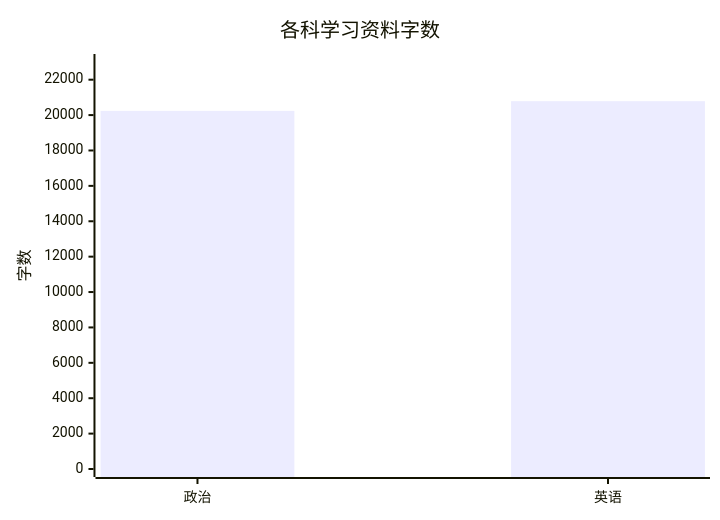
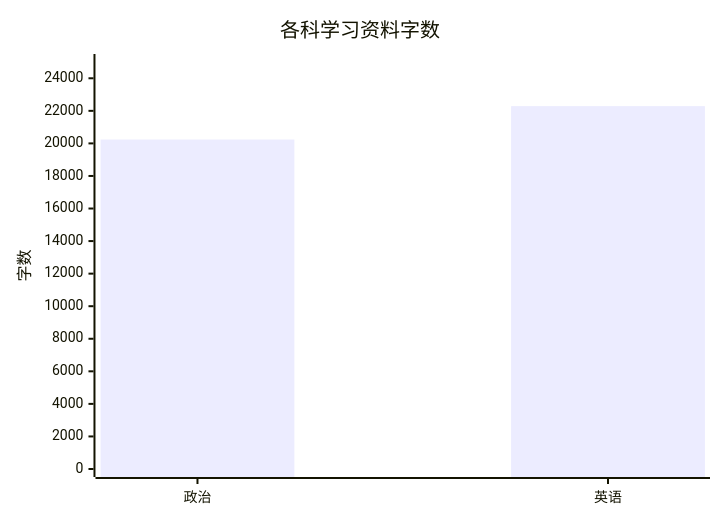
The first of 3 diagrams in README.md (zhuchenyu2008/Learning-Library), drawn with Mermaid before and after one commit. The commit also changed other lines of this file, not shown here.

````diff
--- a/README.md
+++ b/README.md
@@ -35,7 +35,7 @@
 ```mermaid
 xychart-beta
     title "各科学习资料字数"
     x-axis ["政治", "英语"]
-    y-axis "字数" 0 --> 23000
-    bar [20238, 20787]
+    y-axis "字数" 0 --> 25000
+    bar [20238, 22288]
 ```
````
